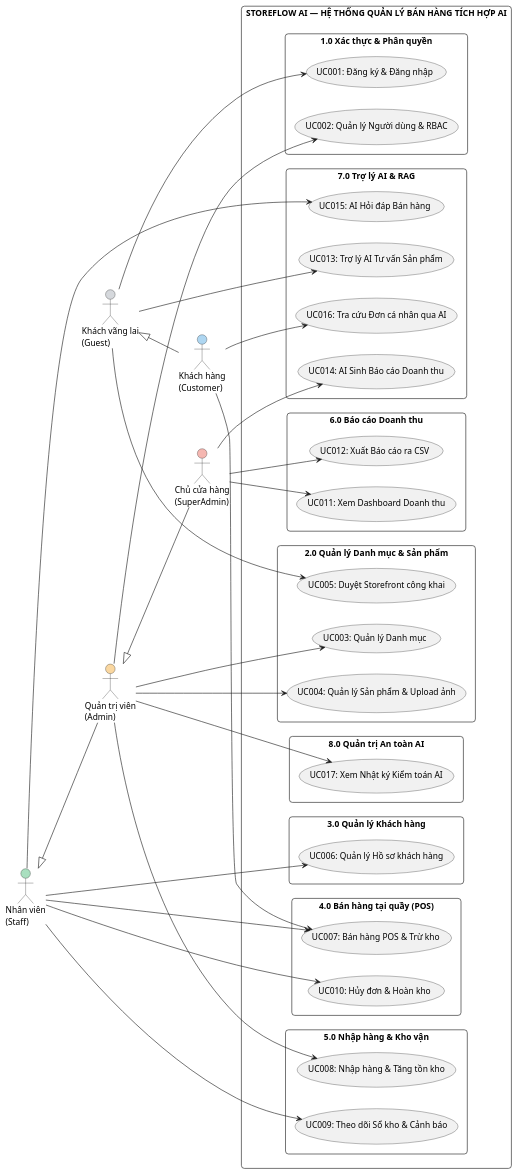
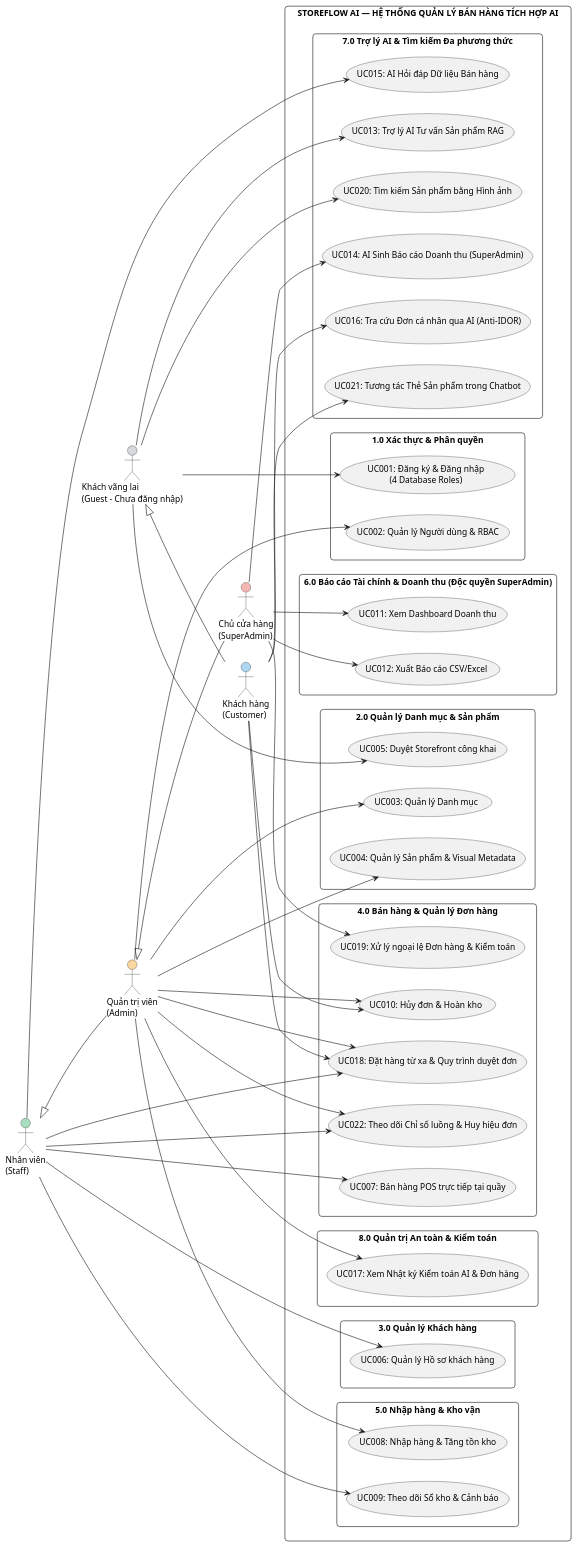
One commit to Leoth01O2/WebStoreAI changed the diagram in docs/diagrams/use-case-overview.puml. Above: the diagram before and after it, drawn with PlantUML. The commit also changed 41 other files, not shown here.

```diff
--- a/docs/diagrams/use-case-overview.puml
+++ b/docs/diagrams/use-case-overview.puml
@@ -1,85 +1,103 @@
 @startuml
 left to right direction
 skinparam packageStyle rectangle
 skinparam shadowing false
 skinparam defaultFontName "Arial"
 skinparam roundCorner 10
 
-actor "Khách vãng lai\n(Guest)" as Guest #D5D8DC
+actor "Khách vãng lai\n(Guest - Chưa đăng nhập)" as Guest #D5D8DC
 actor "Khách hàng\n(Customer)" as Customer #AED6F1
 actor "Nhân viên\n(Staff)" as Staff #A9DFBF
 actor "Quản trị viên\n(Admin)" as Admin #FAD7A0
 actor "Chủ cửa hàng\n(SuperAdmin)" as SuperAdmin #F5B7B1
 
 Guest <|-- Customer
 Staff <|-- Admin
 Admin <|-- SuperAdmin
 
 rectangle "STOREFLOW AI — HỆ THỐNG QUẢN LÝ BÁN HÀNG TÍCH HỢP AI" {
     
     package "1.0 Xác thực & Phân quyền" {
-        usecase "UC001: Đăng ký & Đăng nhập" as UC001
+        usecase "UC001: Đăng ký & Đăng nhập\n(4 Database Roles)" as UC001
         usecase "UC002: Quản lý Người dùng & RBAC" as UC002
     }
     
     package "2.0 Quản lý Danh mục & Sản phẩm" {
         usecase "UC003: Quản lý Danh mục" as UC003
-        usecase "UC004: Quản lý Sản phẩm & Upload ảnh" as UC004
+        usecase "UC004: Quản lý Sản phẩm & Visual Metadata" as UC004
         usecase "UC005: Duyệt Storefront công khai" as UC005
     }
     
     package "3.0 Quản lý Khách hàng" {
         usecase "UC006: Quản lý Hồ sơ khách hàng" as UC006
     }
     
-    package "4.0 Bán hàng tại quầy (POS)" {
-        usecase "UC007: Bán hàng POS & Trừ kho" as UC007
+    package "4.0 Bán hàng & Quản lý Đơn hàng" {
+        usecase "UC007: Bán hàng POS trực tiếp tại quầy" as UC007
         usecase "UC010: Hủy đơn & Hoàn kho" as UC010
+        usecase "UC018: Đặt hàng từ xa & Quy trình duyệt đơn" as UC018
+        usecase "UC019: Xử lý ngoại lệ Đơn hàng & Kiểm toán" as UC019
+        usecase "UC022: Theo dõi Chỉ số luồng & Huy hiệu đơn" as UC022
     }
     
     package "5.0 Nhập hàng & Kho vận" {
         usecase "UC008: Nhập hàng & Tăng tồn kho" as UC008
         usecase "UC009: Theo dõi Sổ kho & Cảnh báo" as UC009
     }
     
-    package "6.0 Báo cáo Doanh thu" {
+    package "6.0 Báo cáo Tài chính & Doanh thu (Độc quyền SuperAdmin)" {
         usecase "UC011: Xem Dashboard Doanh thu" as UC011
-        usecase "UC012: Xuất Báo cáo ra CSV" as UC012
+        usecase "UC012: Xuất Báo cáo CSV/Excel" as UC012
     }
     
-    package "7.0 Trợ lý AI & RAG" {
-        usecase "UC013: Trợ lý AI Tư vấn Sản phẩm" as UC013
-        usecase "UC014: AI Sinh Báo cáo Doanh thu" as UC014
-        usecase "UC015: AI Hỏi đáp Bán hàng" as UC015
-        usecase "UC016: Tra cứu Đơn cá nhân qua AI" as UC016
+    package "7.0 Trợ lý AI & Tìm kiếm Đa phương thức" {
+        usecase "UC013: Trợ lý AI Tư vấn Sản phẩm RAG" as UC013
+        usecase "UC014: AI Sinh Báo cáo Doanh thu (SuperAdmin)" as UC014
+        usecase "UC015: AI Hỏi đáp Dữ liệu Bán hàng" as UC015
+        usecase "UC016: Tra cứu Đơn cá nhân qua AI (Anti-IDOR)" as UC016
+        usecase "UC020: Tìm kiếm Sản phẩm bằng Hình ảnh" as UC020
+        usecase "UC021: Tương tác Thẻ Sản phẩm trong Chatbot" as UC021
     }
     
-    package "8.0 Quản trị An toàn AI" {
-        usecase "UC017: Xem Nhật ký Kiểm toán AI" as UC017
+    package "8.0 Quản trị An toàn & Kiểm toán" {
+        usecase "UC017: Xem Nhật ký Kiểm toán AI & Đơn hàng" as UC017
     }
 }
 
+' Guest interactions (Unauthenticated state)
 Guest --> UC001
 Guest --> UC005
 Guest --> UC013
+Guest --> UC020
 
-Customer --> UC007
+' Customer interactions
+Customer --> UC018
+Customer --> UC010
 Customer --> UC016
+Customer --> UC021
 
+' Staff interactions
 Staff --> UC006
 Staff --> UC007
 Staff --> UC009
-Staff --> UC010
 Staff --> UC015
+Staff --> UC018
+Staff --> UC022
 
+' Admin interactions
 Admin --> UC002
 Admin --> UC003
 Admin --> UC004
 Admin --> UC008
+Admin --> UC010
 Admin --> UC017
+Admin --> UC018
+Admin --> UC022
 
+' SuperAdmin interactions (Highest privilege)
 SuperAdmin --> UC011
 SuperAdmin --> UC012
 SuperAdmin --> UC014
+SuperAdmin --> UC019
 
 @enduml
```
